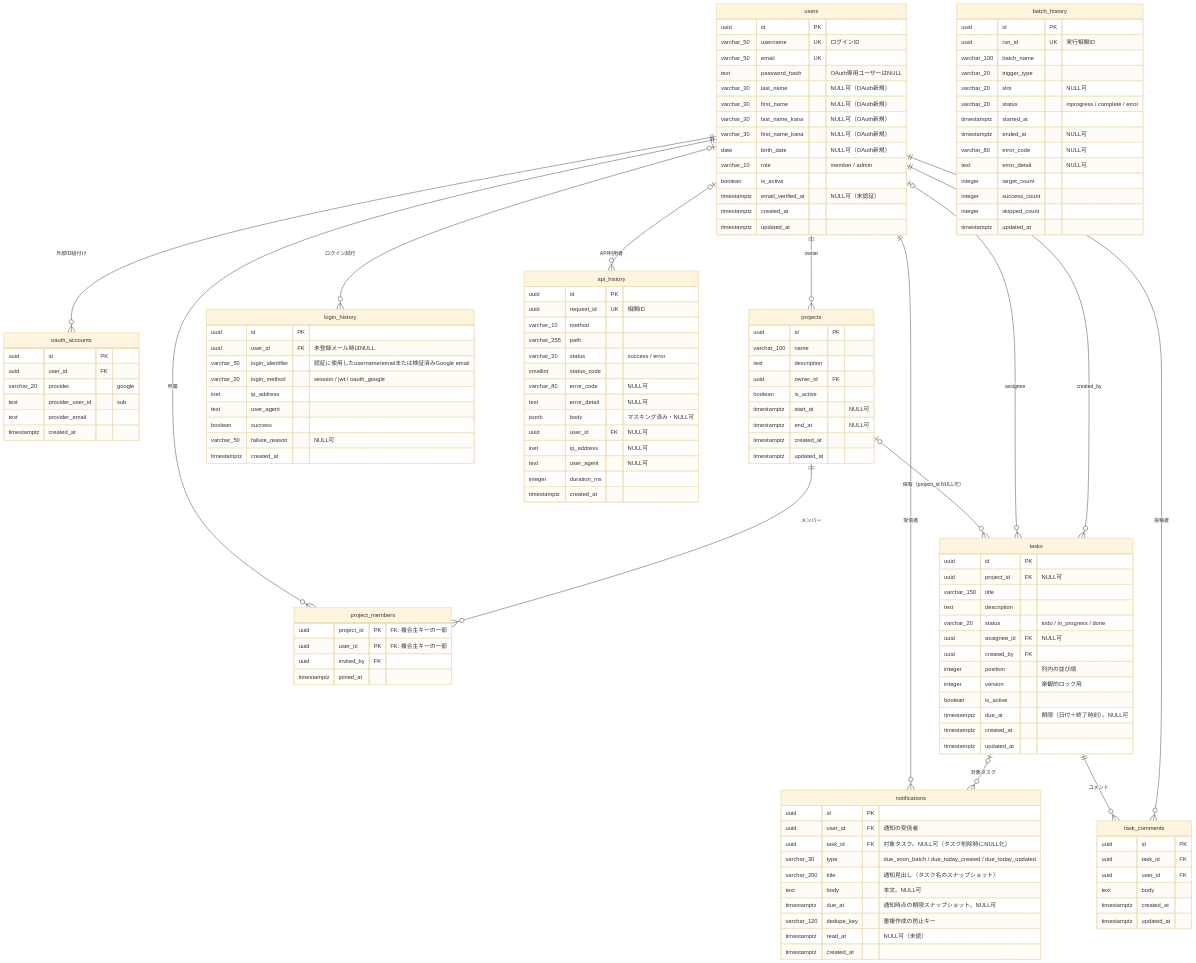
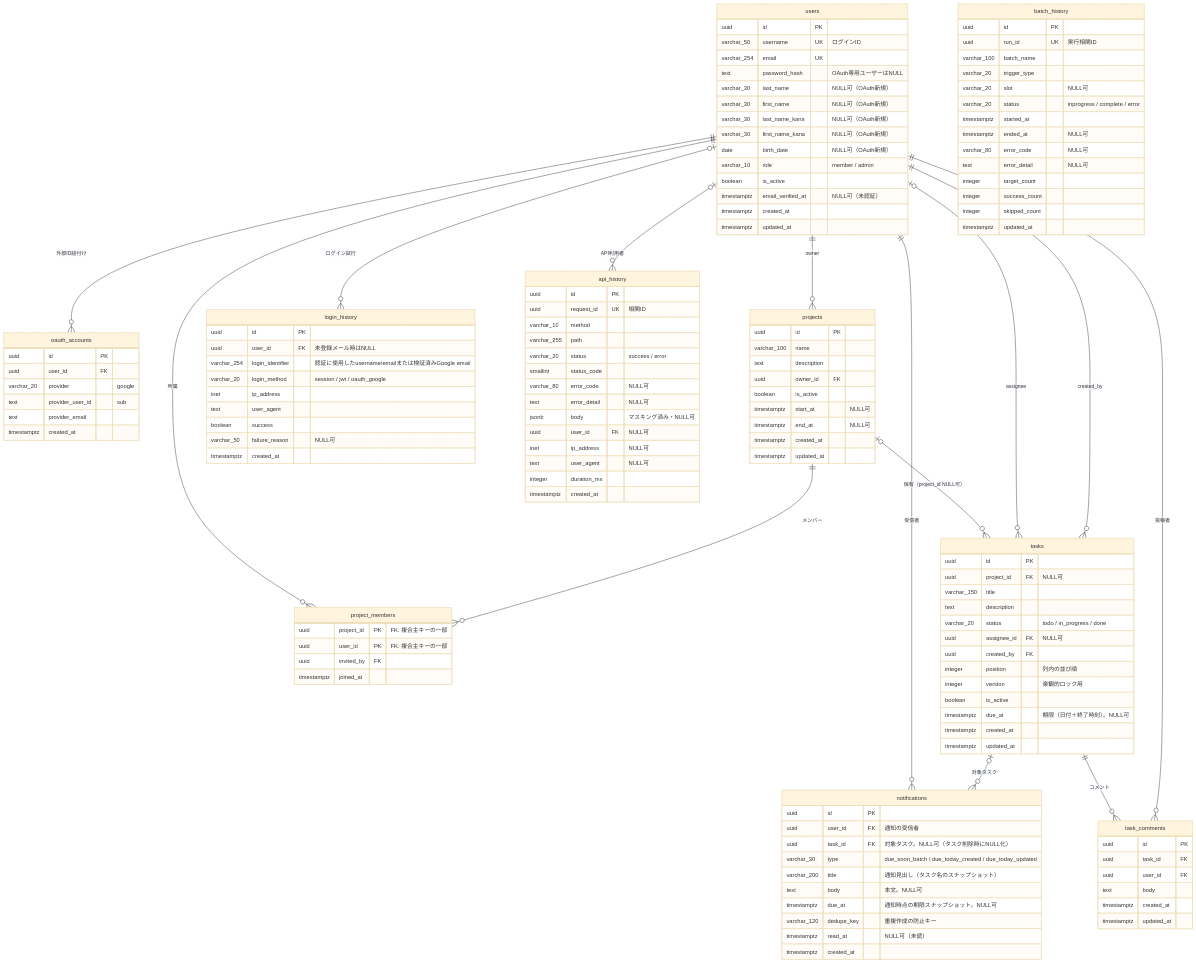
Before and after one commit to oikawa-d/task_management: the first of 6 diagrams in docs/basic_design/01_database.md, drawn with Mermaid (base theme). The commit also changed other lines of this file and 21 other files, not shown here.

```diff
--- a/docs/basic_design/01_database.md
+++ b/docs/basic_design/01_database.md
@@ -43,7 +43,7 @@
     users {
         uuid id PK
         varchar_50 username UK "ログインID"
-        varchar_50 email UK
+        varchar_254 email UK
         text password_hash "OAuth専用ユーザーはNULL"
         varchar_30 last_name "NULL可（OAuth新規）"
         varchar_30 first_name "NULL可（OAuth新規）"
@@ -107,7 +107,7 @@
     login_history {
         uuid id PK
         uuid user_id FK "未登録メール時はNULL"
-        varchar_50 login_identifier "認証に使用したusername/emailまたは検証済みGoogle email"
+        varchar_254 login_identifier "認証に使用したusername/emailまたは検証済みGoogle email"
         varchar_20 login_method "session / jwt / oauth_google"
         inet ip_address
         text user_agent
```
